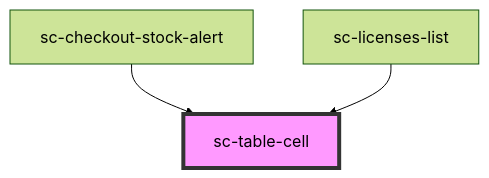
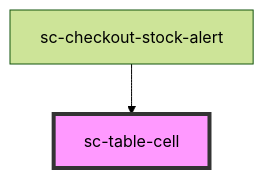
Before and after one commit to surecart/surecart-wp-plugin: the diagram in packages/components/src/components/ui/table-cell/readme.md, drawn with Mermaid (forest theme). The commit also changed other lines of this file and 17 other files, not shown here.

````diff
--- a/packages/components/src/components/ui/table-cell/readme.md
+++ b/packages/components/src/components/ui/table-cell/readme.md
@@ -16,6 +15,5 @@
 ```mermaid
 graph TD;
   sc-checkout-stock-alert --> sc-table-cell
-  sc-licenses-list --> sc-table-cell
   style sc-table-cell fill:#f9f,stroke:#333,stroke-width:4px
 ```
````
